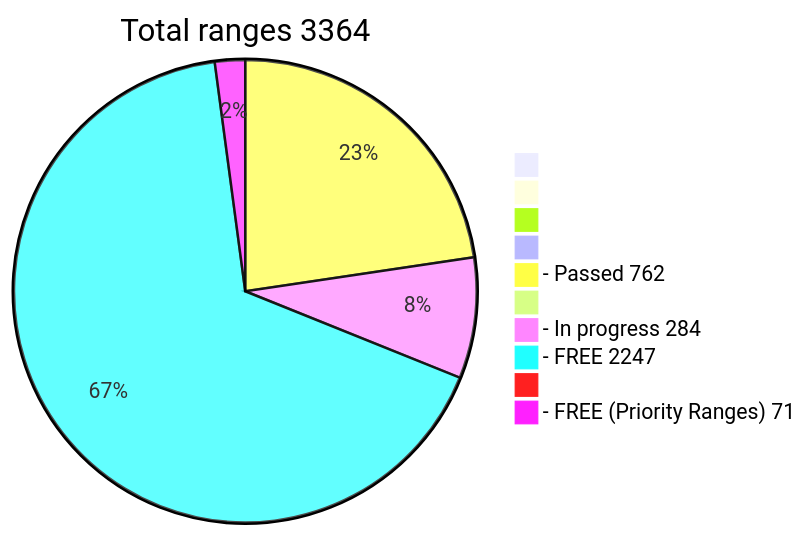
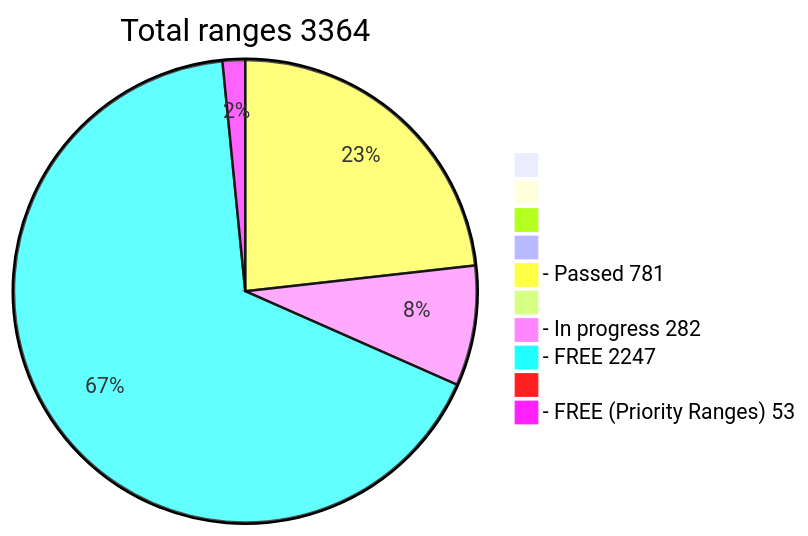
Before and after one commit to phrutis/wif500: the diagram in README.md, drawn with Mermaid.

````diff
--- a/README.md
+++ b/README.md
@@ -16,13 +16,13 @@
 ```mermaid
 pie title Total ranges 3364
              " " : 0
             "  " : 0
            "   " : 0
           "    " : 0
-  "- Passed 762" : 762
+  "- Passed 781" : 781
          "     " : 0
-  "- In progress 284" : 284
+  "- In progress 282" : 282
    "- FREE 2247" : 2247
         "      " : 0
-  "- FREE (Priority Ranges) 71" : 71
+  "- FREE (Priority Ranges) 53" : 53
 ```
````
